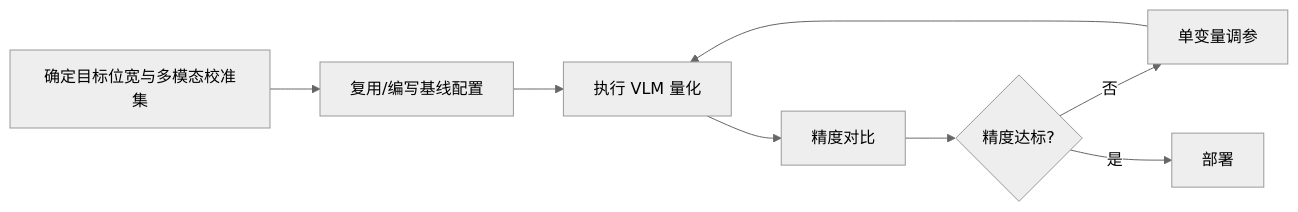
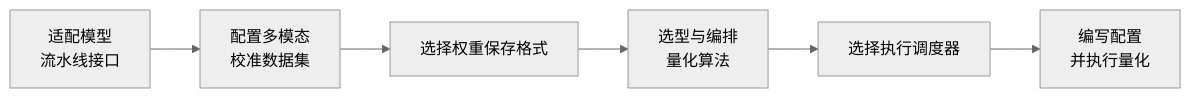
The diagram in msmodelslim/docs/zh/knowledge_base/ptq/vlm/usage_vision_transformer_quantization.md (mindstudio-docs/master), drawn with Mermaid (neutral theme) before and after one commit. The commit also changed other lines of this file and 235 other files, not shown here.

````diff
--- a/msmodelslim/docs/zh/knowledge_base/ptq/vlm/usage_vision_transformer_quantization.md
+++ b/msmodelslim/docs/zh/knowledge_base/ptq/vlm/usage_vision_transformer_quantization.md
@@ -28,10 +28,8 @@
 ```mermaid
 flowchart LR
-    A[确定目标位宽与多模态校准集] --> B[复用/编写基线配置]
-    B --> C[执行 VLM 量化]
-    C --> D[精度对比]
-    D --> E{精度达标?}
-    E -- 否 --> F[单变量调参]
-    F --> C
-    E -- 是 --> G[部署]
+    A[适配模型<br/>流水线接口] --> B[配置多模态<br/>校准数据集]
+    B --> C[选择权重保存格式]
+    C --> D[选型与编排<br/>量化算法]
+    D --> E[选择执行调度器]
+    E --> F[编写配置<br/>并执行量化]
 ```
````
